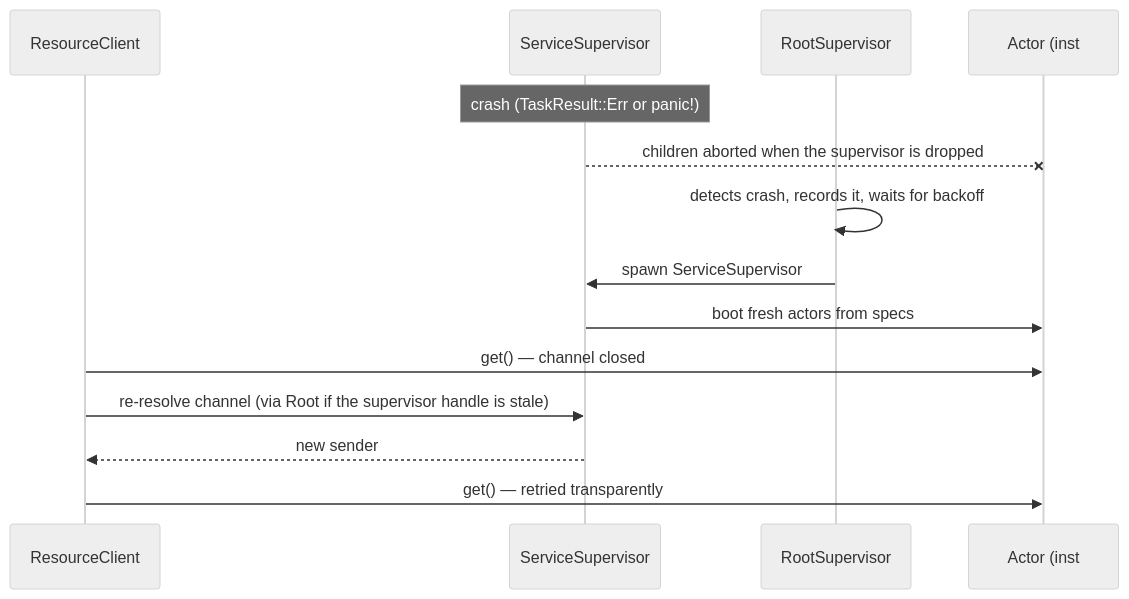
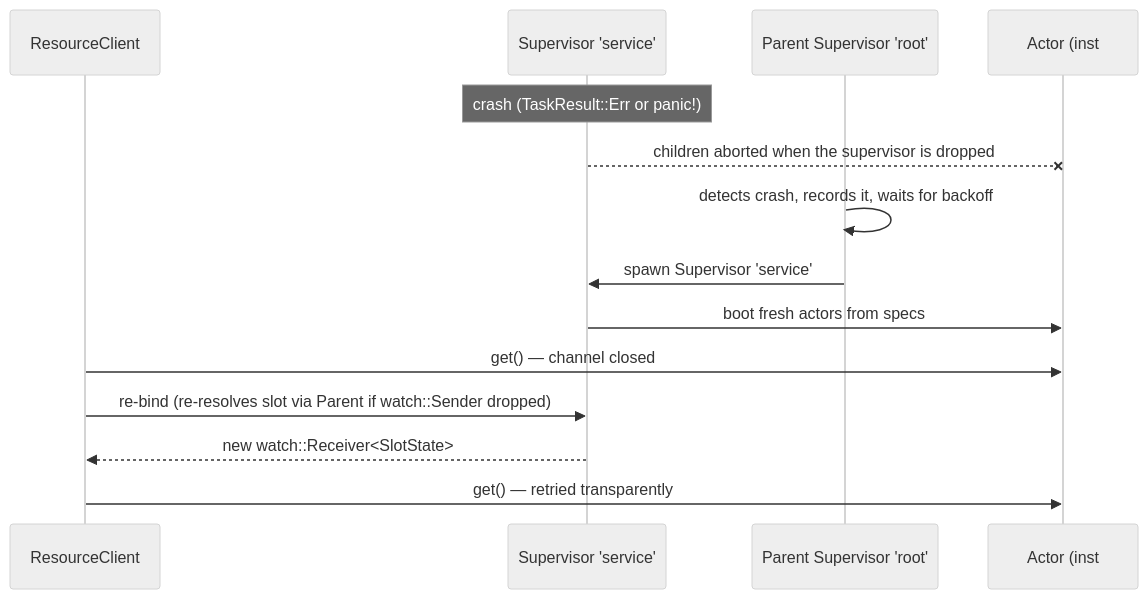
One commit to AlfredWeirich/otp-actor changed the fourth of 4 diagrams in README.md. Above: the diagram before and after it, drawn with Mermaid (neutral theme). The commit also changed other lines of this file and 27 other files, not shown here.

````diff
--- a/README.md
+++ b/README.md
@@ -943,17 +981,17 @@
 ```mermaid
 sequenceDiagram
     participant C as ResourceClient
-    participant S as ServiceSupervisor #1
-    participant R as RootSupervisor
+    participant S as Supervisor 'service' #1
+    participant R as Parent Supervisor 'root'
     participant A as Actor (inst #1)
 
     Note over S: crash (TaskResult::Err or panic!)
     S--xA: children aborted when the supervisor is dropped
     R->>R: detects crash, records it, waits for backoff
-    R->>S: spawn ServiceSupervisor #2 (same ChildSpecs)
+    R->>S: spawn Supervisor 'service' #2 (same ChildSpecs)
     S->>A: boot fresh actors from specs
     C->>A: get() — channel closed
-    C->>S: re-resolve channel (via Root if the supervisor handle is stale)
-    S-->>C: new sender
+    C->>S: re-bind (re-resolves slot via Parent if watch::Sender dropped)
+    S-->>C: new watch::Receiver<SlotState>
     C->>A: get() — retried transparently
 ```
````
